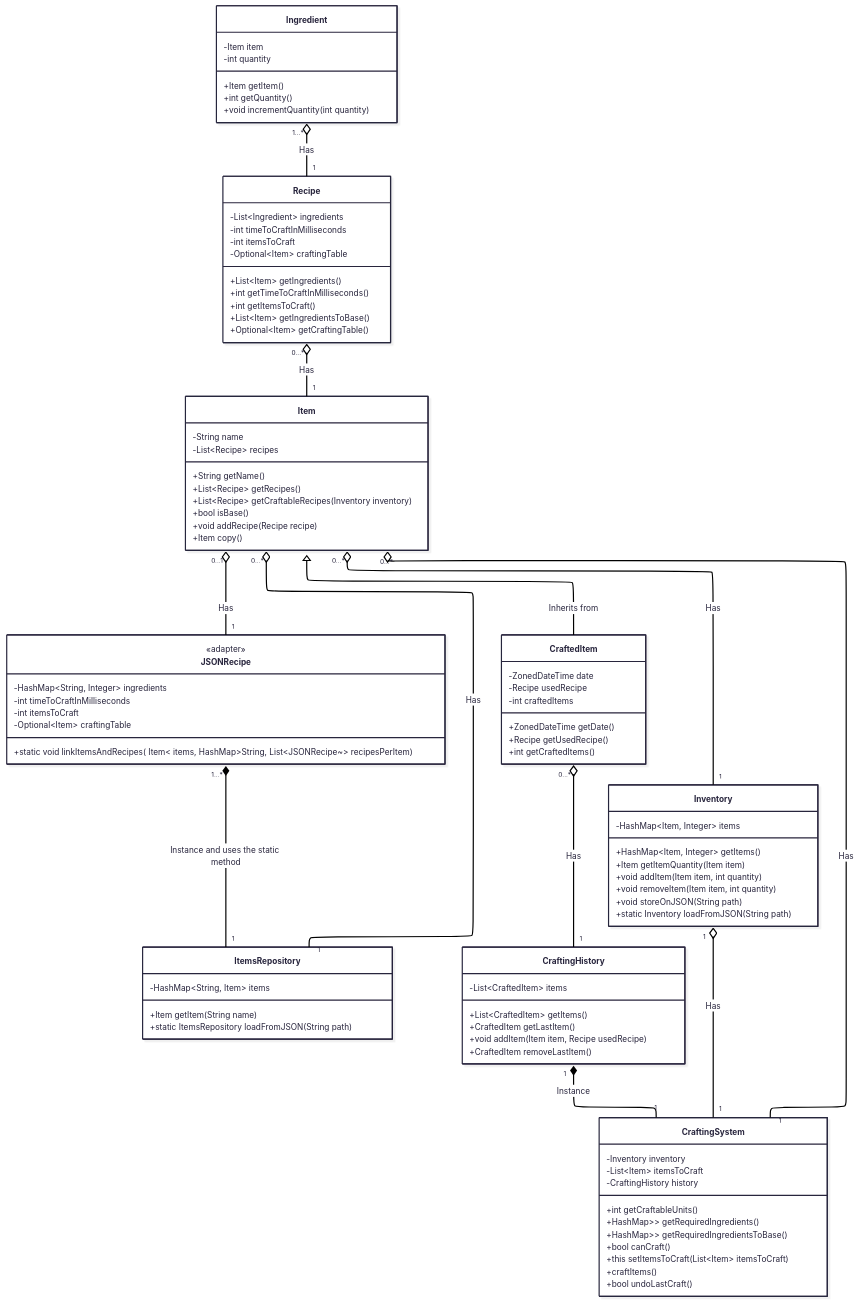
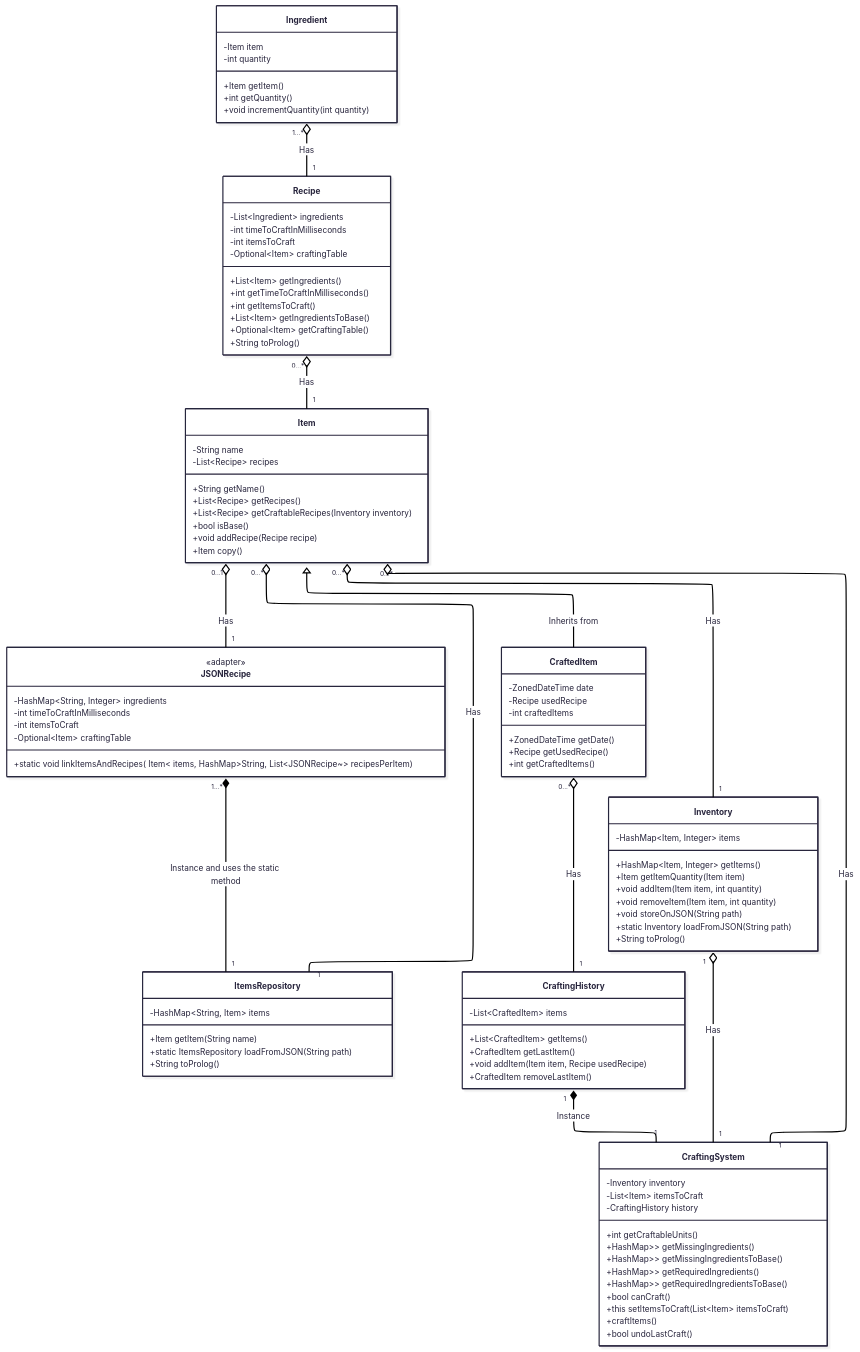
Before and after one commit to hozlucas28/Java-Practical-Work-2025: the first of 2 diagrams in README.md, drawn with Mermaid. The commit also changed 4 other files, not shown here.

```diff
--- a/README.md
+++ b/README.md
@@ -109,9 +109,8 @@
 
 	    +Item getItem(String name)
         +static ItemsRepository loadFromJSON(String path)
+        +String toProlog()
     }
-
-
 
     class Item {
 	    -String name
@@ -136,6 +135,7 @@
 	    +int getItemsToCraft()
 	    +List~Item~ getIngredientsToBase()
 	    +Optional~Item~ getCraftingTable()
+        +String toProlog()
     }
 
     class JSONRecipe {
@@ -158,6 +158,7 @@
 	    +void removeItem(Item item, int quantity)
         +void storeOnJSON(String path)
         +static Inventory loadFromJSON(String path)
+        +String toProlog()
     }
 
     class CraftedItem {
@@ -185,6 +186,8 @@
 	    -CraftingHistory history
 
 	    +int getCraftableUnits()
+        +HashMap<Item, List<List<Ingredient>>> getMissingIngredients()
+        +HashMap<Item, List<List<Ingredient>>> getMissingIngredientsToBase()
 	    +HashMap<Item, List<List<Ingredient>>> getRequiredIngredients()
 	    +HashMap<Item, List<List<Ingredient>>> getRequiredIngredientsToBase()
 	    +bool canCraft()
```
